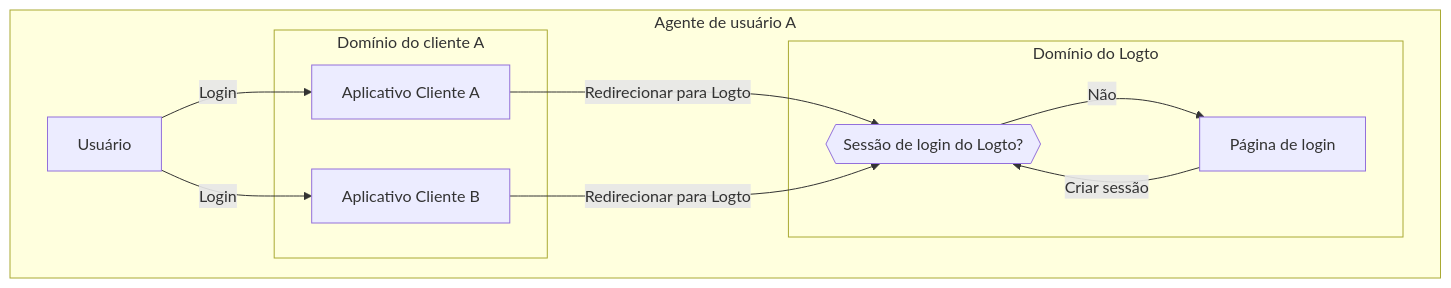
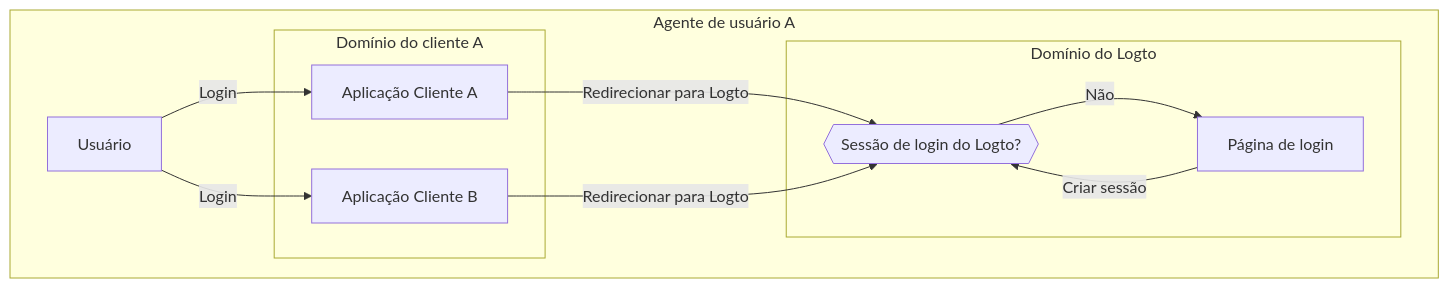
One commit to logto-io/docs changed the second of 3 diagrams in i18n/pt-BR/docusaurus-plugin-content-docs/current/end-user-flows/sign-out.mdx. Above: the diagram before and after it, drawn with Mermaid. The commit also changed other lines of this file and 428 other files, not shown here.

````diff
--- a/i18n/pt-BR/docusaurus-plugin-content-docs/current/end-user-flows/sign-out.mdx
+++ b/i18n/pt-BR/docusaurus-plugin-content-docs/current/end-user-flows/sign-out.mdx
@@ -59,26 +59,26 @@
    ```mermaid
     flowchart TD
     subgraph User [Agente de usuário A]
       U[Usuário]
 
       subgraph Layer1 [Domínio do cliente A]
-        A[Aplicativo Cliente A]
+        A[Aplicação Cliente A]
       end
 
       subgraph Layer1 [Domínio do cliente B]
-        B[Aplicativo Cliente B]
+        B[Aplicação Cliente B]
       end
 
       subgraph Layer2 [Domínio do Logto]
           C{{Sessão de login do Logto?}}
           D[Página de login]
       end
     end
 
     U --> |Login| A
     A --> |Redirecionar para Logto| C
     U --> |Login| B
     B --> |Redirecionar para Logto| C
     C --> |Não| D
     D --> |Criar sessão| C
    ```
````
